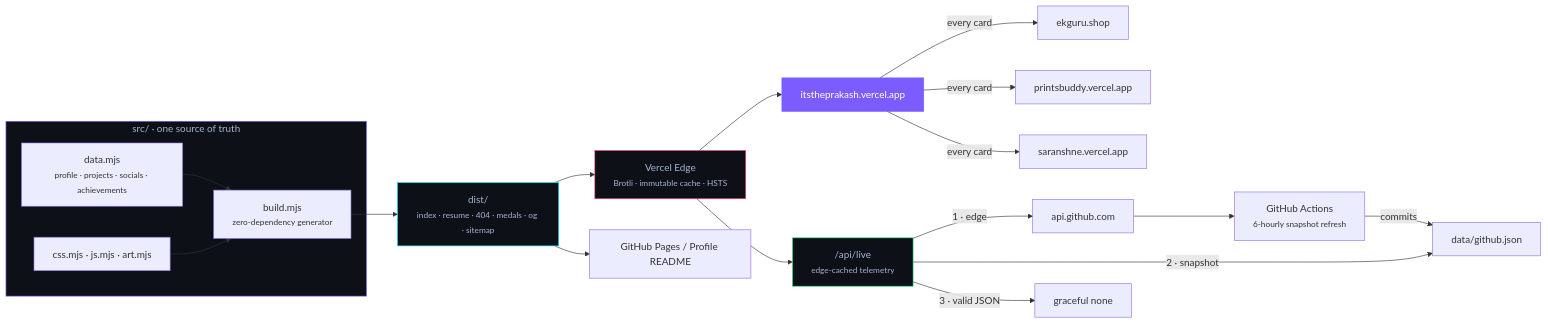
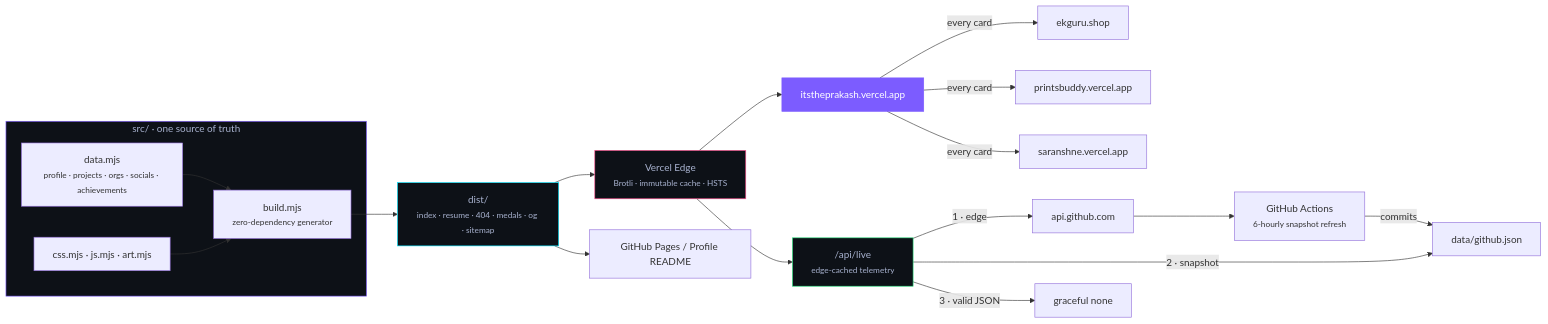
The diagram in README.md (itsThePrakash/itsThePrakash), drawn with Mermaid before and after one commit. The commit also changed other lines of this file and 10 other files, not shown here.

````diff
--- a/README.md
+++ b/README.md
@@ -282,35 +297,35 @@
 ```mermaid
 graph LR
     subgraph SOURCE["src/ · one source of truth"]
-        D["data.mjs<br/><small>profile · projects · socials · achievements</small>"]
+        D["data.mjs<br/><small>profile · projects · orgs · socials · achievements</small>"]
         C["css.mjs · js.mjs · art.mjs"]
         B["build.mjs<br/><small>zero-dependency generator</small>"]
         D --> B
         C --> B
     end
 
     B --> OUT["dist/<br/><small>index · resume · 404 · medals · og · sitemap</small>"]
 
     OUT --> V["Vercel Edge<br/><small>Brotli · immutable cache · HSTS</small>"]
     OUT --> GH["GitHub Pages / Profile README"]
 
     V --> LIVE["itstheprakash.vercel.app"]
     V --> API["/api/live<br/><small>edge-cached telemetry</small>"]
 
     API -->|"1 · edge"| GHREST["api.github.com"]
     API -->|"2 · snapshot"| SNAP["data/github.json"]
     API -->|"3 · valid JSON"| NONE["graceful none"]
 
     GHREST --> WF["GitHub Actions<br/><small>6-hourly snapshot refresh</small>"]
     WF -->|commits| SNAP
 
     LIVE -->|"every card"| P1["ekguru.shop"]
     LIVE -->|"every card"| P2["printsbuddy.vercel.app"]
     LIVE -->|"every card"| P3["saranshne.vercel.app"]
 
     style SOURCE fill:#0d1117,stroke:#7c5cff,color:#a8b2cf
     style OUT fill:#0d1117,stroke:#00e5ff,color:#a8b2cf
     style V fill:#0d1117,stroke:#ff4d8d,color:#a8b2cf
     style LIVE fill:#7c5cff,stroke:#7c5cff,color:#ffffff
     style API fill:#0d1117,stroke:#22e07a,color:#a8b2cf
 ```
````
